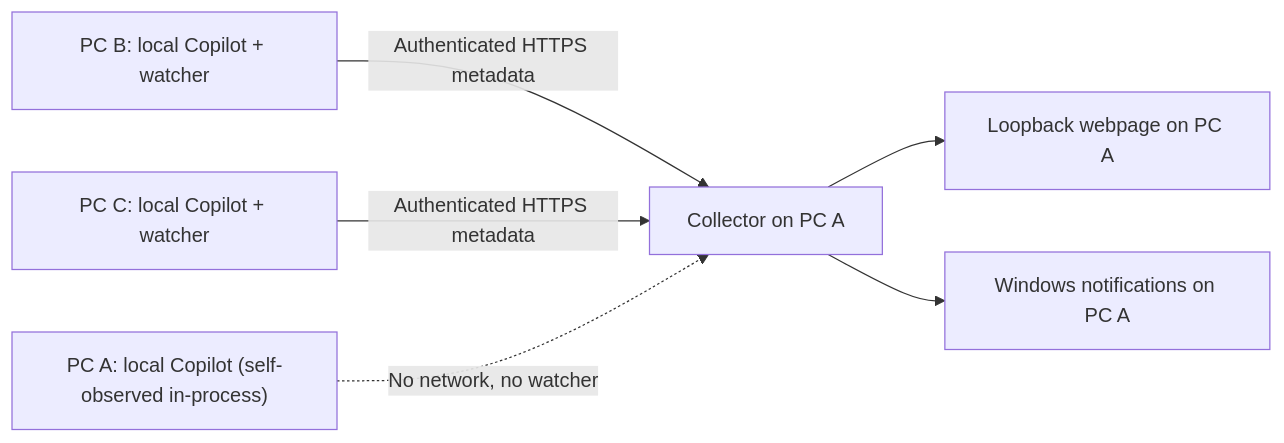
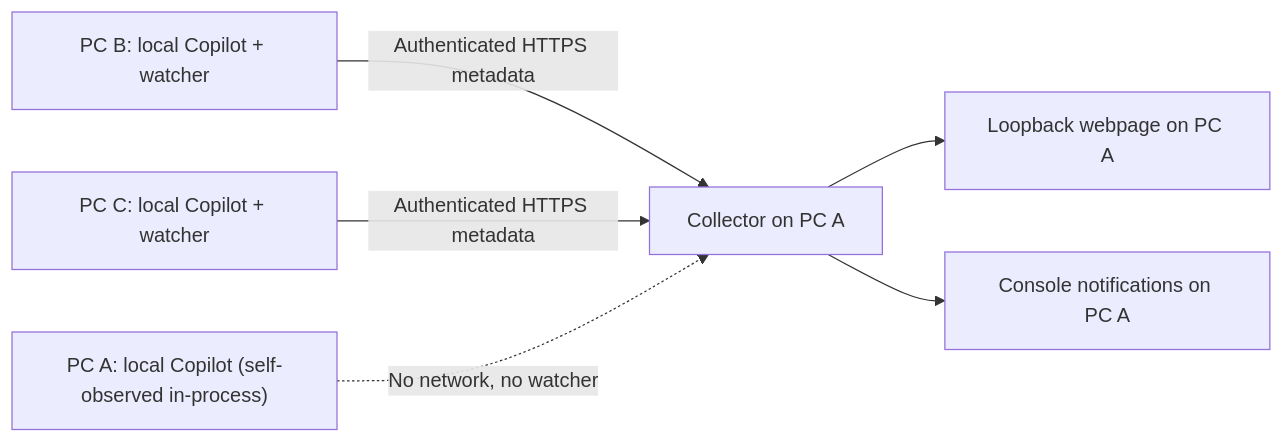
One commit to rchiodo/copilot-session-monitor changed the diagram in README.md. Above: the diagram before and after it, drawn with Mermaid. The commit also changed other lines of this file and 14 other files, not shown here.

````diff
--- a/README.md
+++ b/README.md
@@ -9,8 +9,8 @@
 ```mermaid
 flowchart LR
     B["PC B: local Copilot + watcher"] -->|Authenticated HTTPS metadata| C["Collector on PC A"]
     D["PC C: local Copilot + watcher"] -->|Authenticated HTTPS metadata| C
     A["PC A: local Copilot (self-observed in-process)"] -.->|No network, no watcher| C
     C --> W["Loopback webpage on PC A"]
-    C --> N["Windows notifications on PC A"]
+    C --> N["Console notifications on PC A"]
 ```
````
